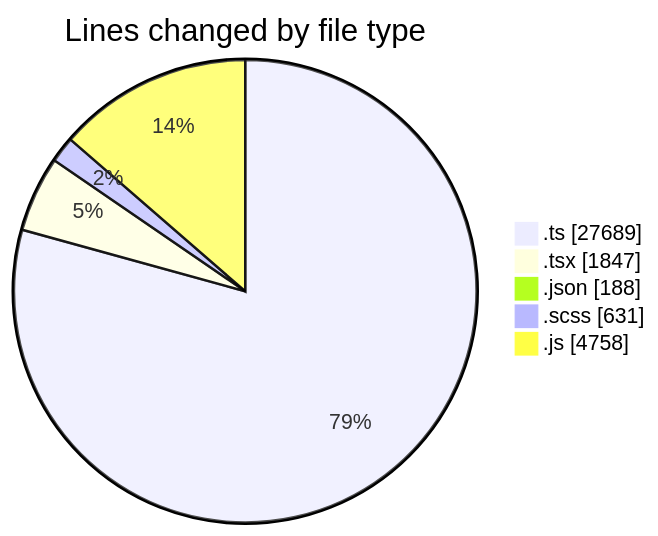
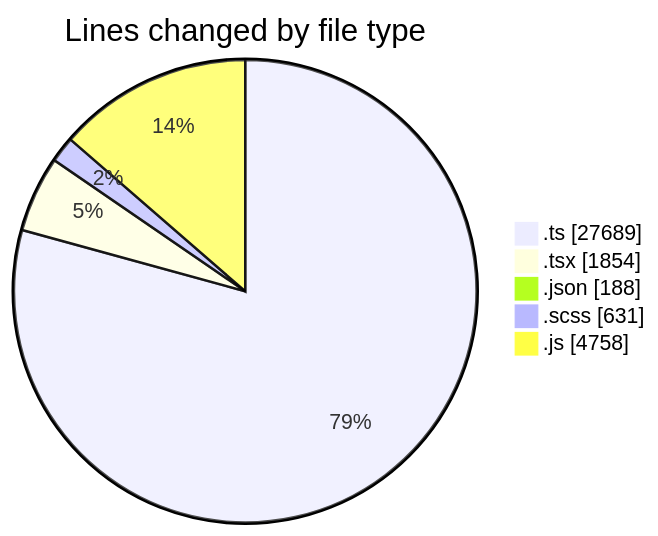
One commit to momahboobian/code-tracking changed the first of 2 diagrams in 2026-05-07/cda/README.md. Above: the diagram before and after it, drawn with Mermaid. The commit also changed other lines of this file and 1 other file, not shown here.

````diff
--- a/2026-05-07/cda/README.md
+++ b/2026-05-07/cda/README.md
@@ -46,9 +46,9 @@
 ```mermaid
 pie showData
 title Lines changed by file type
 ".ts" : 27689
-".tsx" : 1847
+".tsx" : 1854
 ".json" : 188
 ".scss" : 631
 ".js" : 4758
 ```
````
